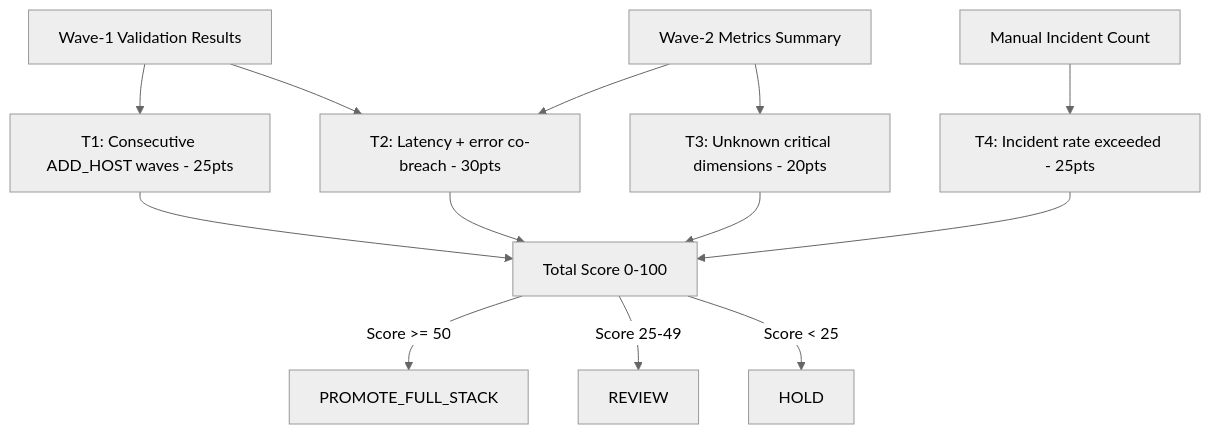
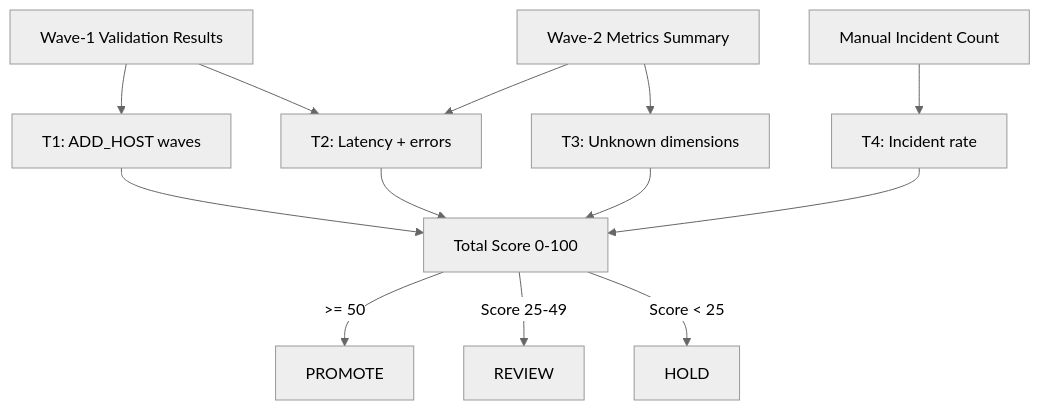
Before and after one commit to peermesh/docker-lab-docs: the third of 3 diagrams in docs/observability.md, drawn with Mermaid (neutral theme). The commit also changed other lines of this file and 13 other files, not shown here.

First line of the commit message:
fix: improve diagram legibility and icon rendering

````diff
--- a/docs/observability.md
+++ b/docs/observability.md
@@ -438,21 +438,21 @@
 ```mermaid
 flowchart TB
     Wave1["Wave-1 Validation Results"]
     Wave2["Wave-2 Metrics Summary"]
     Incidents["Manual Incident Count"]
 
-    Wave1 --> T1["T1: Consecutive ADD_HOST waves - 25pts"]
-    Wave1 --> T2["T2: Latency + error co-breach - 30pts"]
+    Wave1 --> T1["T1: ADD_HOST waves"]
+    Wave1 --> T2["T2: Latency + errors"]
     Wave2 --> T2
-    Wave2 --> T3["T3: Unknown critical dimensions - 20pts"]
-    Incidents --> T4["T4: Incident rate exceeded - 25pts"]
+    Wave2 --> T3["T3: Unknown dimensions"]
+    Incidents --> T4["T4: Incident rate"]
 
     T1 --> Total["Total Score 0-100"]
     T2 --> Total
     T3 --> Total
     T4 --> Total
 
-    Total -- "Score >= 50" --> Promote["PROMOTE_FULL_STACK"]
+    Total -- ">= 50" --> Promote["PROMOTE"]
     Total -- "Score 25-49" --> Review["REVIEW"]
     Total -- "Score < 25" --> Hold["HOLD"]
 ```
````
